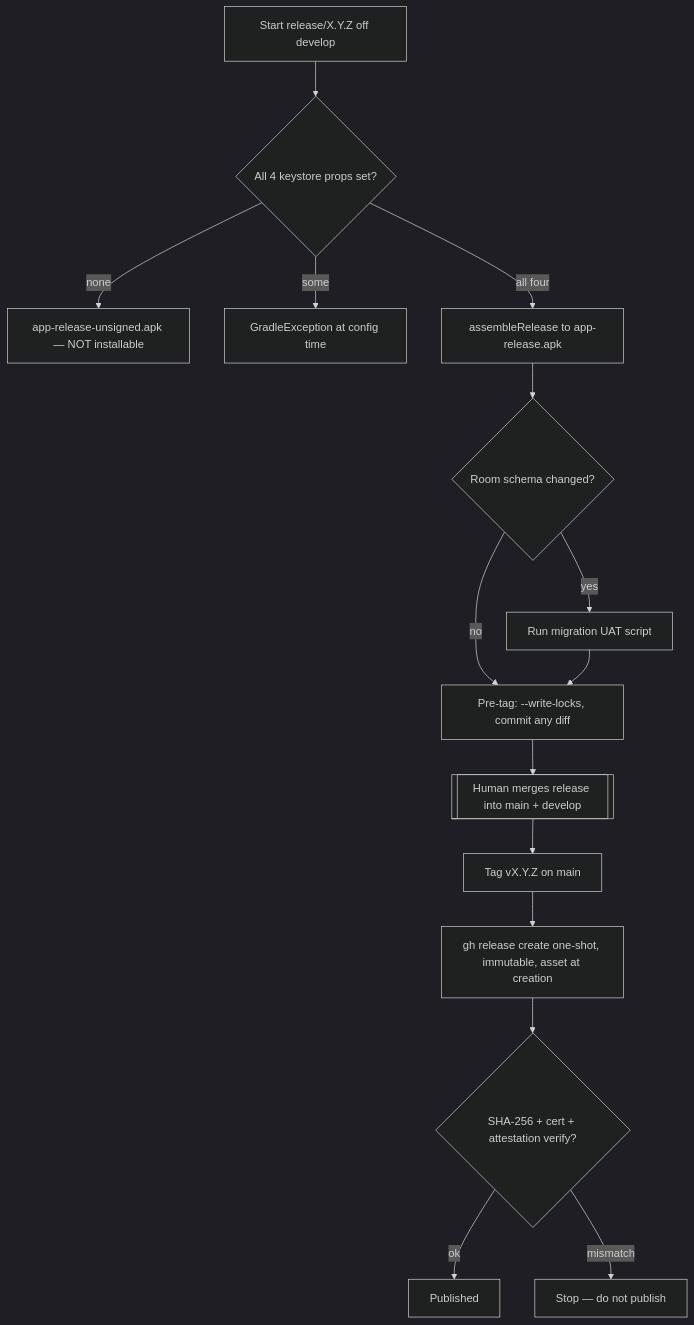
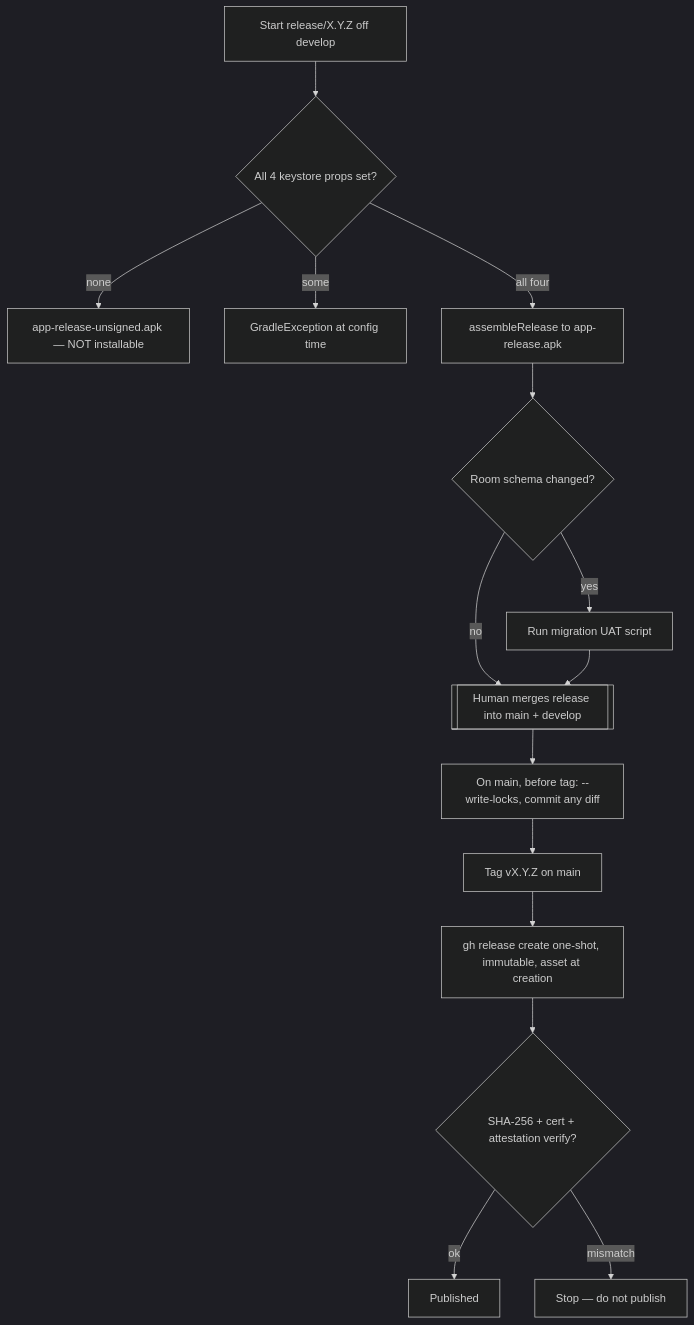
Before and after one commit to DocGerd/pantry-tracker: the diagram in docs/release/SHIPPING.md, drawn with Mermaid (dark theme). The commit also changed 3 other files, not shown here.

````diff
--- a/docs/release/SHIPPING.md
+++ b/docs/release/SHIPPING.md
@@ -98,17 +98,18 @@
 ```mermaid
 flowchart TD
     A[Start release/X.Y.Z off develop] --> B{All 4 keystore props set?}
     B -->|none| Bu[app-release-unsigned.apk — NOT installable]
     B -->|some| Be[GradleException at config time]
     B -->|all four| C[assembleRelease to app-release.apk]
     C --> D{Room schema changed?}
     D -->|yes| E[Run migration UAT script]
-    D -->|no| F[Pre-tag: --write-locks, commit any diff]
-    E --> F
-    F --> G[[Human merges release into main + develop]]
-    G --> H[Tag vX.Y.Z on main]
+    D -->|no| G
+    E --> G
+    G[[Human merges release into main + develop]]
+    G --> F[On main, before tag: --write-locks, commit any diff]
+    F --> H[Tag vX.Y.Z on main]
     H --> I[gh release create one-shot, immutable, asset at creation]
     I --> J{SHA-256 + cert + attestation verify?}
     J -->|ok| K[Published]
     J -->|mismatch| L[Stop — do not publish]
 ```
````
